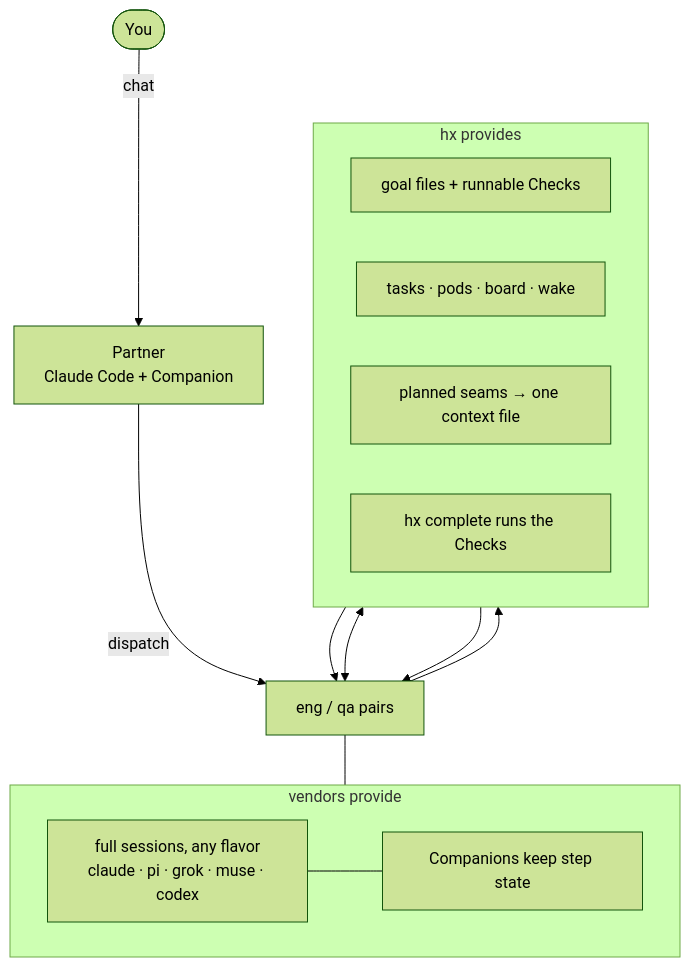
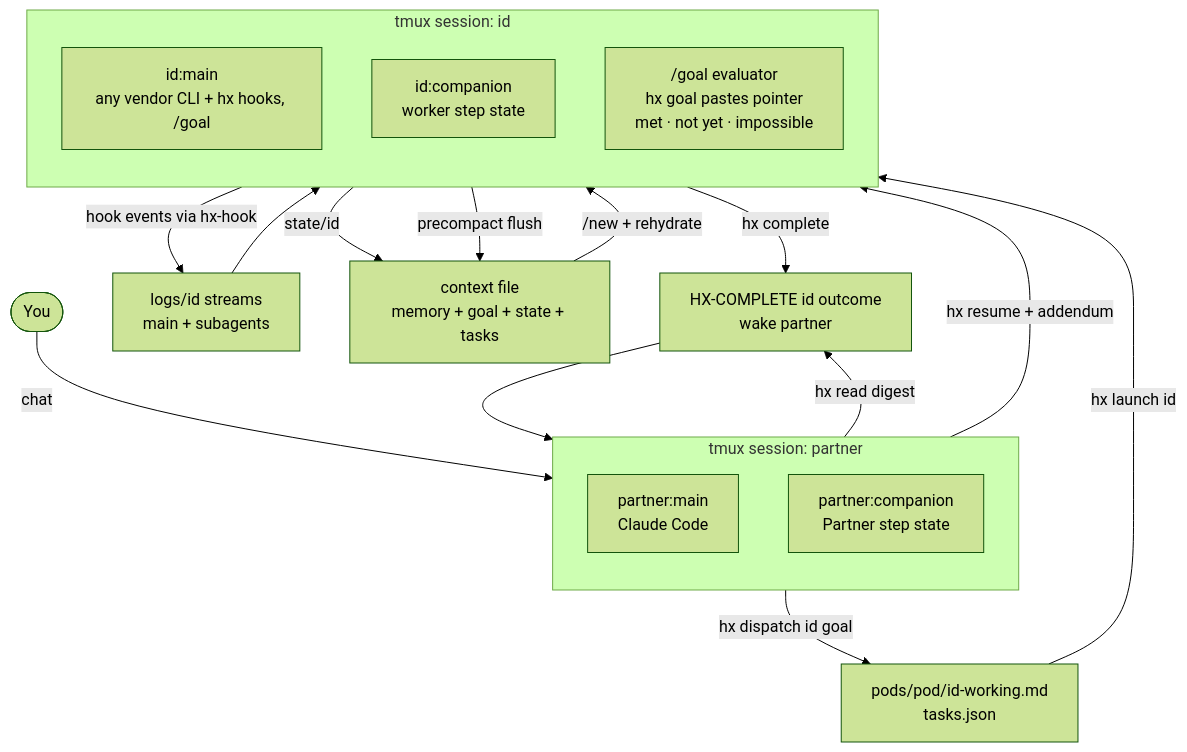
One commit to logan-robbins/hx changed the diagram in README.md. Above: the diagram before and after it, drawn with Mermaid (forest theme). The commit also changed other lines of this file, not shown here.

Commit message:
README: multi-flavor top, detailed tmux architecture diagram, condensed why

````diff
--- a/README.md
+++ b/README.md
@@ -47,26 +47,30 @@
 ```mermaid
 flowchart TB
-    YOU(["You"]) -->|"chat"| PARTNER["Partner<br/>Claude Code + Companion"]
-    PARTNER -->|"dispatch"| PAIRS["eng / qa pairs"]
+    YOU(["You"]) -->|"chat"| P_MAIN
 
-    subgraph HX["hx provides"]
-        direction LR
-        GOALS["goal files + runnable Checks"]
-        PLANE["tasks · pods · board · wake"]
-        SEAMS["planned seams → one context file"]
-        VERIFY["hx complete runs the Checks"]
+    subgraph TMUXP["tmux session: partner"]
+        direction TB
+        P_MAIN["partner:main<br/>Claude Code"]
+        P_COMP["partner:companion<br/>Partner step state"]
     end
 
-    subgraph VENDOR["vendors provide"]
-        direction LR
-        CLI["full sessions, any flavor<br/>claude · pi · grok · muse · codex"]
-        COMP["Companions keep step state"]
+    P_MAIN -->|"hx dispatch id goal"| PODS["pods/pod/id-working.md<br/>tasks.json"]
+    PODS -->|"hx launch id"| W_MAIN
+
+    subgraph TMUXW["tmux session: id"]
+        direction TB
+        W_MAIN["id:main<br/>any vendor CLI + hx hooks, /goal"]
+        W_COMP["id:companion<br/>worker step state"]
+        GOALEV["/goal evaluator<br/>hx goal pastes pointer<br/>met · not yet · impossible"]
     end
 
-    GOALS --> PAIRS
-    PLANE <--> PAIRS
-    SEAMS --> PAIRS
-    PAIRS --> VERIFY
-    PAIRS --- CLI
-    CLI --- COMP
+    W_MAIN -->|"hook events via hx-hook"| STREAMS["logs/id streams<br/>main + subagents"]
+    STREAMS --> W_COMP
+    W_COMP -->|"state/id"| CTX["context file<br/>memory + goal + state + tasks"]
+    CTX -->|"/new + rehydrate"| W_MAIN
+    W_MAIN -->|"hx complete"| CHECKS["HX-COMPLETE id outcome<br/>wake partner"]
+    CHECKS --> P_MAIN
+    W_MAIN -->|"precompact flush"| CTX
+    P_MAIN -->|"hx resume + addendum"| W_MAIN
+    P_MAIN -->|"hx read digest"| CHECKS
 ```
````
